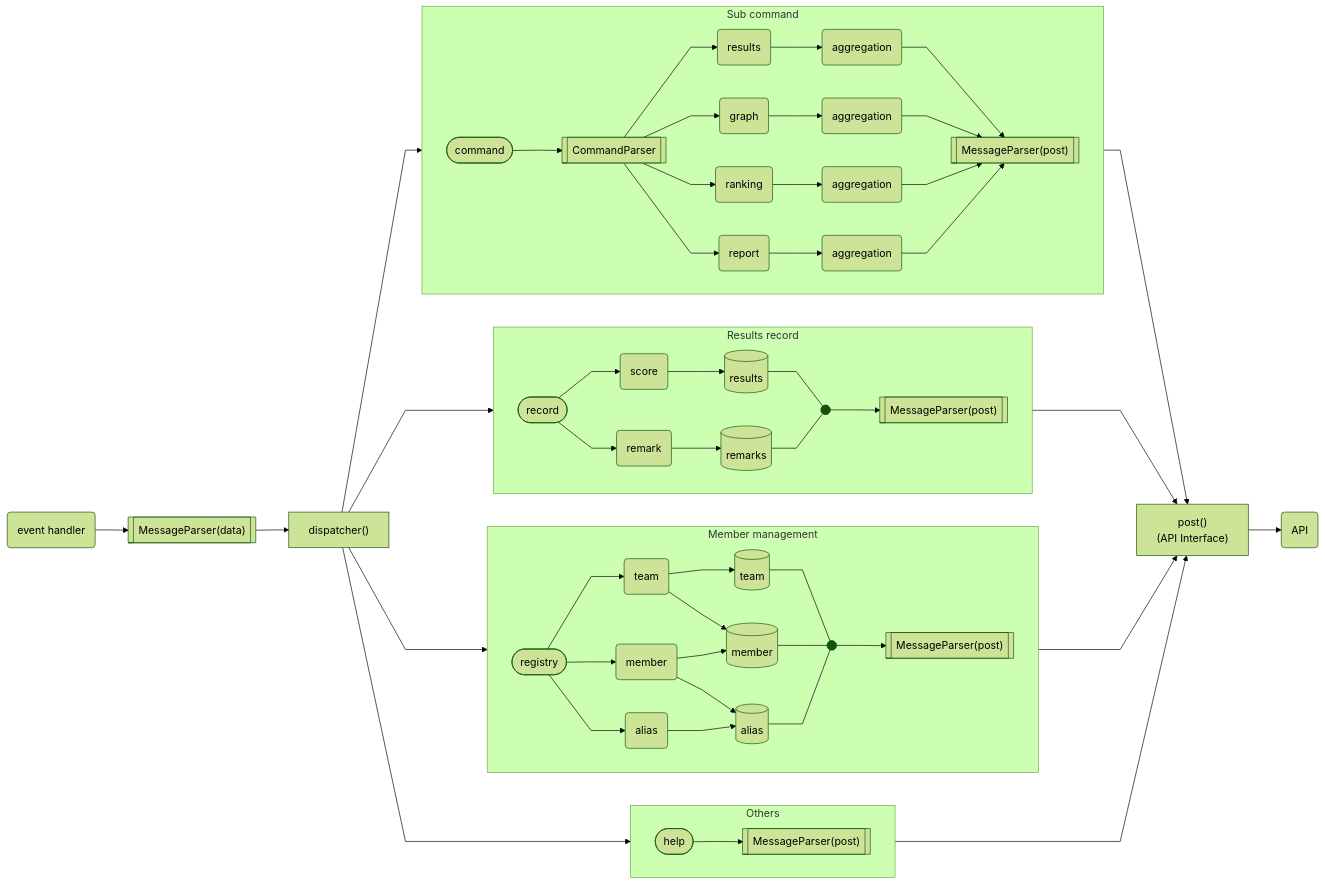
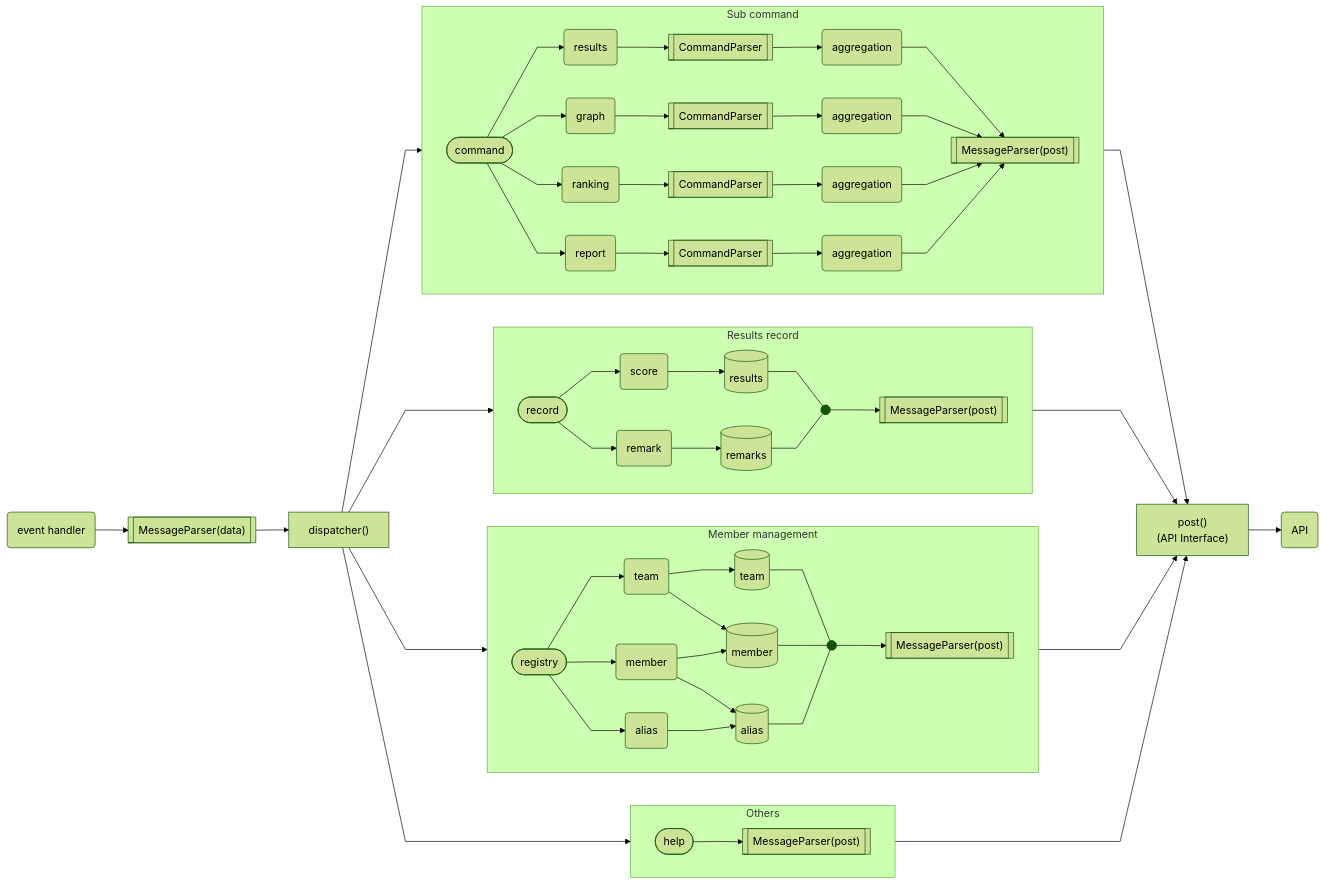
One commit to togakushi/slack-mahjong-score-management changed the diagram in docs/architecture.md. Above: the diagram before and after it, drawn with Mermaid (forest theme).

Commit message:
ドキュメント更新

````diff
--- a/docs/architecture.md
+++ b/docs/architecture.md
@@ -2,49 +2,49 @@
 ```mermaid
 ---
 config:
   flowchart:
     curve: linear
 ---
 flowchart LR
     event(event handler);
     a(API);
     m1[["MessageParser(data)"]];
 
     event --> m1 --> d["dispatcher()"] --> f1 & f2 & f3 & f4;
 
     subgraph f1[Sub command]
         direction LR
-        c([command]) --> cp[[CommandParser]];
-        cp --> sc1(results) --> p1(aggregation);
-        cp --> sc2(graph) --> p2(aggregation);
-        cp --> sc3(ranking) --> p3(aggregation);
-        cp --> sc4(report) --> p4(aggregation);
+        c([command]) --> sc1 & sc2 & sc3 & sc4;
+        sc1(results) --> cp1[[CommandParser]] --> p1(aggregation);
+        sc2(graph) --> cp2[[CommandParser]] --> p2(aggregation);
+        sc3(ranking) --> cp3[[CommandParser]] --> p3(aggregation);
+        sc4(report) --> cp4[[CommandParser]] --> p4(aggregation);
         p1 & p2 & p3 & p4 --> mp1[["MessageParser(post)"]];
     end
 
     subgraph f2[Results record]
         direction LR
         r2([record]);
         r2 --> a1(score) --> results[(results)] --- j2;
         r2 --> a2(remark) --> remarks[(remarks)] --- j2;
         j2@{shape: f-circ};
         j2 --> mp2[["MessageParser(post)"]];
     end
 
     subgraph f3[Member management]
         direction LR
         r1([registry]);
         r1 --> a4(team) --> db2[(team)] & db1;
         r1 --> a3(member) --> db1[(member)] & db3[(alias)];
         r1 --> a5(alias) --> db3;
         db1 & db2 & db3 --- j1@{shape: f-circ};
         j1 --> mp3[["MessageParser(post)"]];
     end
 
     subgraph f4[Others]
         direction LR
         h([help]) --> mp4[["MessageParser(post)"]];
     end
 
     f1 & f2 & f3 & f4 --> post["post()<br>(API Interface)"] --> a;
 ```
````
